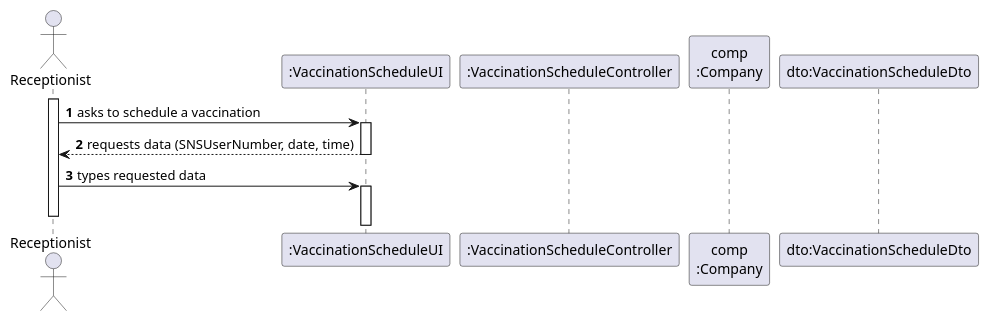
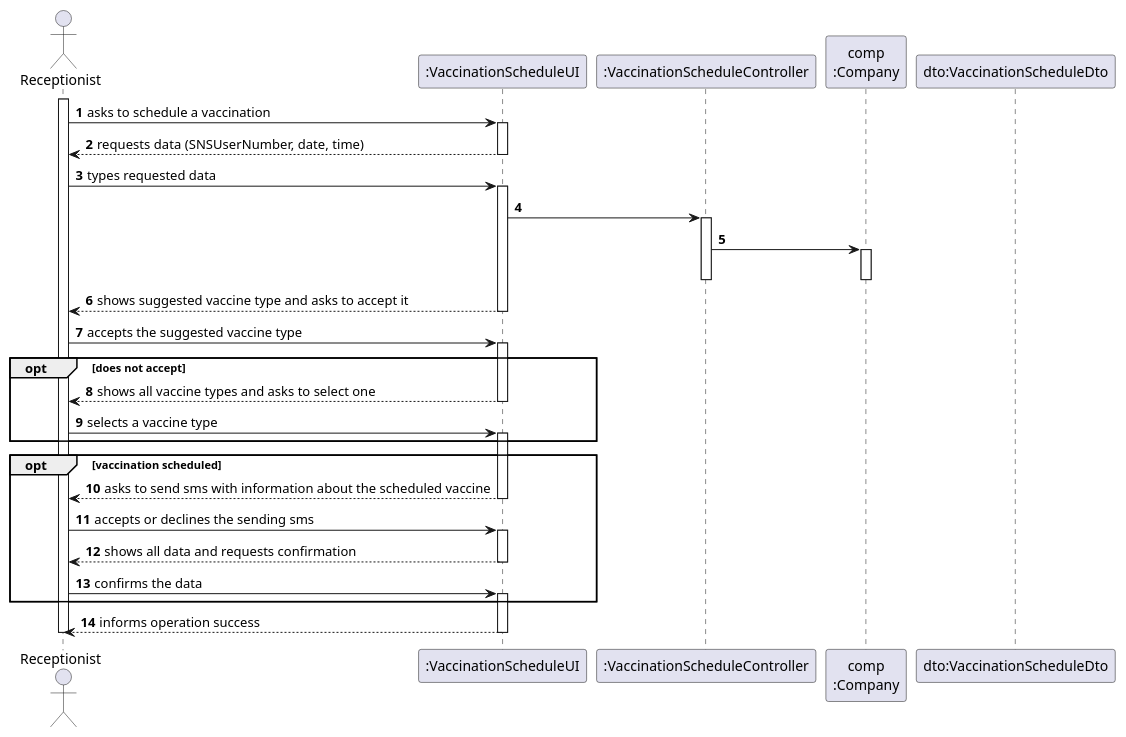
One commit to miseEnPlace-i/lapr2 changed the diagram in docs/SprintC/US02/SD/US02_SD.puml. Above: the diagram before and after it, drawn with PlantUML. The commit also changed 2 other files, not shown here.

```diff
--- a/docs/SprintC/US02/SD/US02_SD.puml
+++ b/docs/SprintC/US02/SD/US02_SD.puml
@@ -1,22 +1,59 @@
 @startuml US02_SD
 autonumber
 'hide footbox
 actor "Receptionist" as RECEPT
 
 participant ":VaccinationScheduleUI" as UI
 participant ":VaccinationScheduleController" as CTRL
 participant "comp\n:Company" as COMP
 participant "dto:VaccinationScheduleDto" as DTO
 
 activate RECEPT
 RECEPT -> UI : asks to schedule a vaccination
 activate UI
 UI --> RECEPT : requests data (SNSUserNumber, date, time)
 deactivate UI
 
 RECEPT -> UI : types requested data
 activate UI
 
+UI -> CTRL
+activate CTRL
+
+CTRL -> COMP
+activate COMP
+deactivate CTRL
+deactivate COMP
+
+UI --> RECEPT : shows suggested vaccine type and asks to accept it
+deactivate UI
+
+RECEPT -> UI : accepts the suggested vaccine type
+activate UI
+
+opt does not accept
+UI --> RECEPT : shows all vaccine types and asks to select one
+deactivate UI
+RECEPT -> UI : selects a vaccine type
+activate UI
+end
+
+opt vaccination scheduled 
+UI --> RECEPT : asks to send sms with information about the scheduled vaccine
+deactivate UI
+RECEPT -> UI : accepts or declines the sending sms
+activate UI
+
+UI --> RECEPT : shows all data and requests confirmation
+deactivate UI
+RECEPT -> UI : confirms the data
+activate UI
+end
+
+UI --> RECEPT : informs operation success
+deactivate UI
+
+
 deactivate RECEPT
 
 @enduml
```
